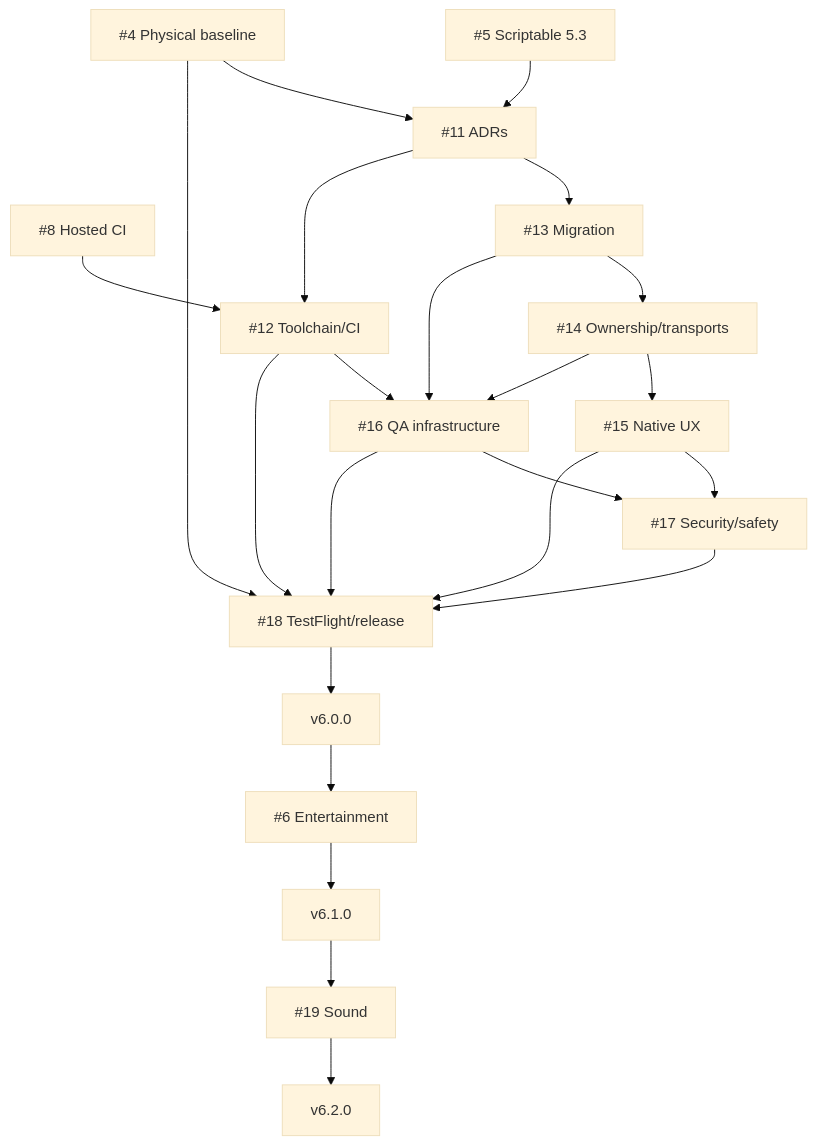
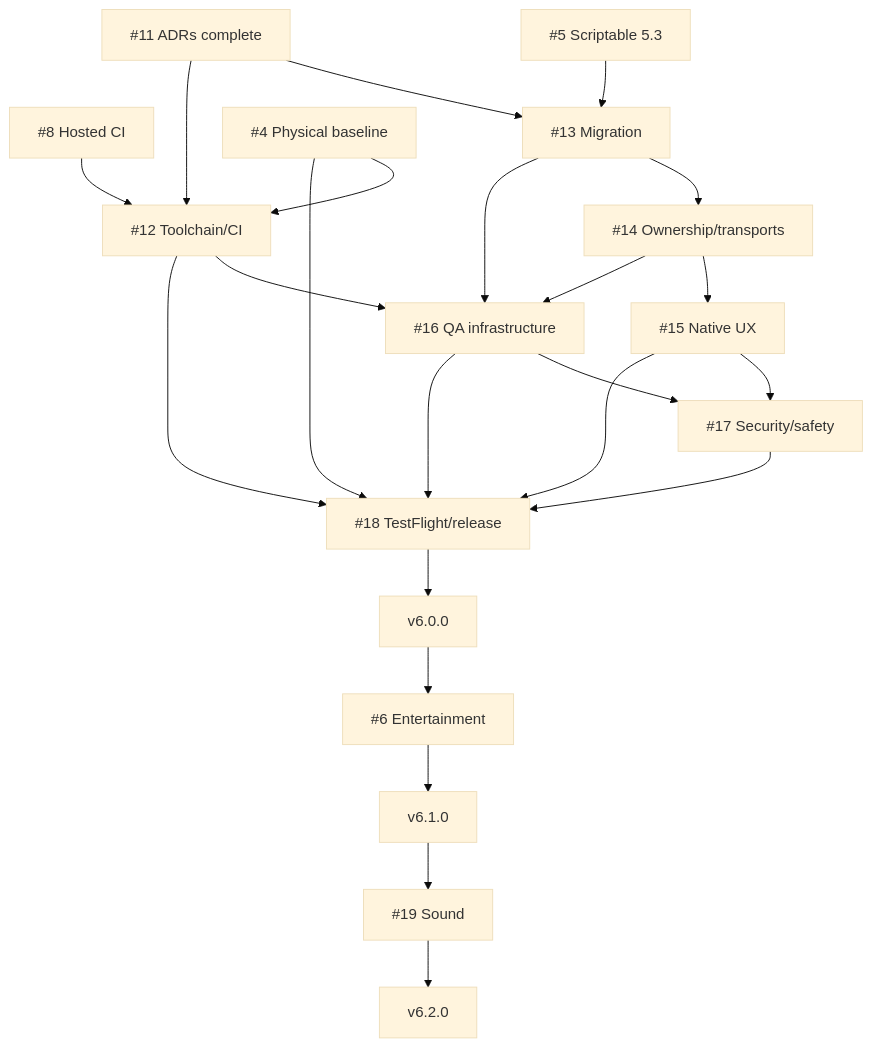
The diagram in docs/v6/issue-map.md (wyattowalsh/hue-board), drawn with Mermaid (base theme) before and after one commit. The commit also changed other lines of this file, not shown here.

````diff
--- a/docs/v6/issue-map.md
+++ b/docs/v6/issue-map.md
@@ -35,25 +45,25 @@
 ```mermaid
 flowchart TD
   I8[#8 Hosted CI] --> I12[#12 Toolchain/CI]
-  I5[#5 Scriptable 5.3] --> I11[#11 ADRs]
-  I4[#4 Physical baseline] --> I11
-  I11 --> I13[#13 Migration]
+  I5[#5 Scriptable 5.3] --> I13[#13 Migration]
+  I4[#4 Physical baseline] --> I12
+  I11[#11 ADRs complete] --> I13
   I11 --> I12
   I13 --> I14[#14 Ownership/transports]
   I14 --> I15[#15 Native UX]
   I12 --> I16[#16 QA infrastructure]
   I13 --> I16
   I14 --> I16
   I15 --> I17[#17 Security/safety]
   I16 --> I17
   I4 --> I18[#18 TestFlight/release]
   I12 --> I18
   I15 --> I18
   I16 --> I18
   I17 --> I18
   I18 --> V6[v6.0.0]
   V6 --> I6[#6 Entertainment]
   I6 --> V61[v6.1.0]
   V61 --> I19[#19 Sound]
   I19 --> V62[v6.2.0]
 ```
````
